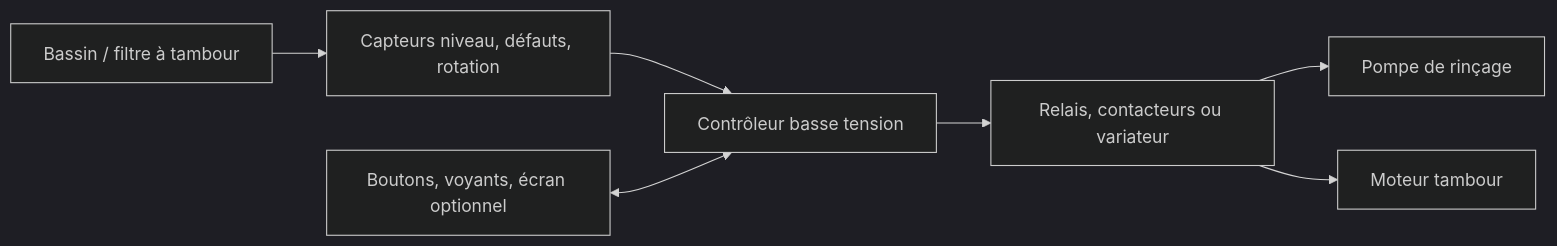
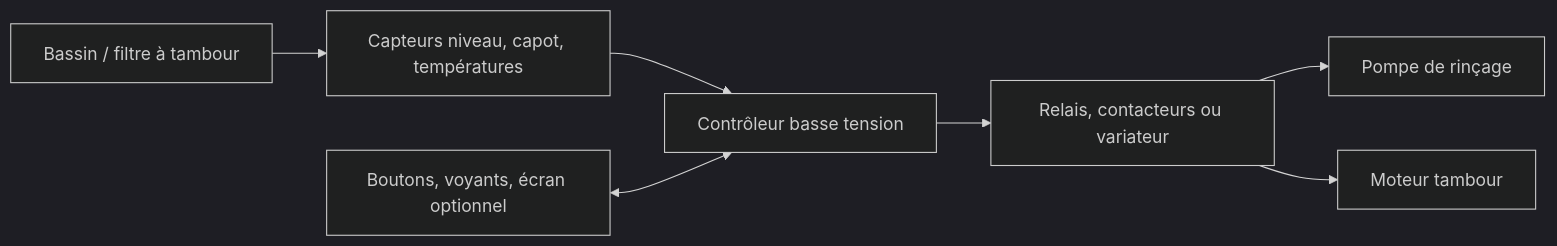
One commit to elbuey76/DrumFilterController changed the diagram in docs/architecture/01-vue-ensemble.md. Above: the diagram before and after it, drawn with Mermaid (dark theme). The commit also changed 15 other files, not shown here.

````diff
--- a/docs/architecture/01-vue-ensemble.md
+++ b/docs/architecture/01-vue-ensemble.md
@@ -5,17 +5,17 @@
 ```mermaid
 flowchart LR
     Bassin[Bassin / filtre à tambour]
-    Capteurs[Capteurs niveau, défauts, rotation]
+    Capteurs[Capteurs niveau, capot, températures]
     Controleur[Contrôleur basse tension]
     Puissance[Relais, contacteurs ou variateur]
     Pompe[Pompe de rinçage]
     Moteur[Moteur tambour]
     UI[Boutons, voyants, écran optionnel]
 
     Bassin --> Capteurs
     Capteurs --> Controleur
     UI <--> Controleur
     Controleur --> Puissance
     Puissance --> Pompe
     Puissance --> Moteur
 ```
````
